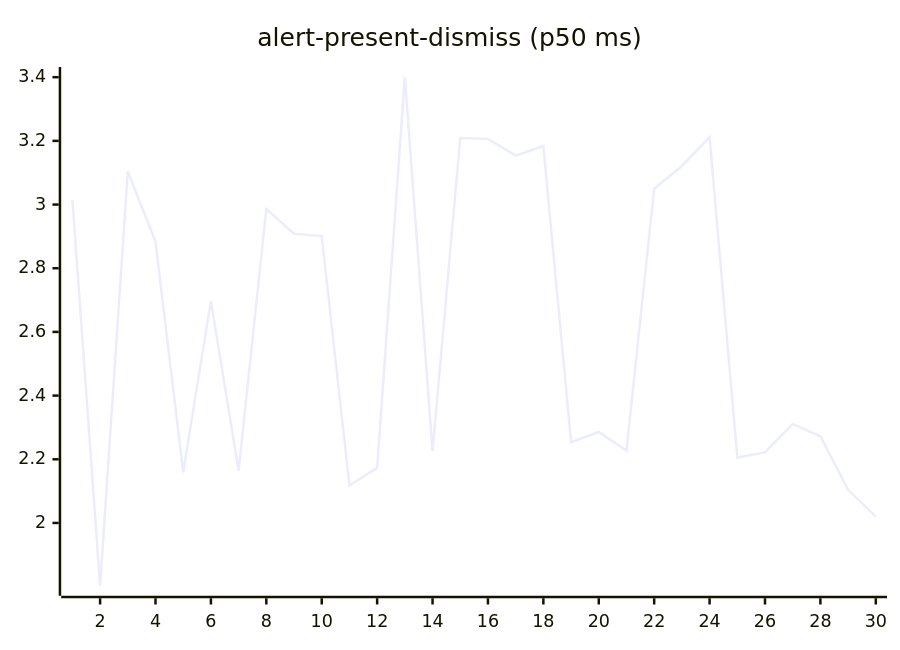
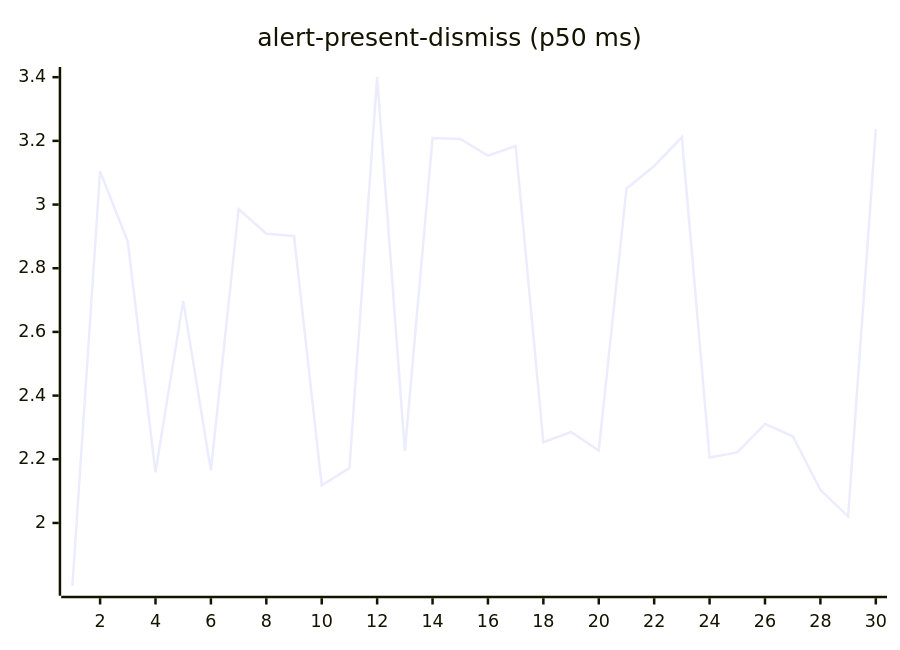
One commit to josha/Facet changed the second of 27 diagrams in README.md. Above: the diagram before and after it, drawn with Mermaid. The commit also changed other lines of this file and 2 other files, not shown here.

````diff
--- a/README.md
+++ b/README.md
@@ -70,6 +70,6 @@
 ```mermaid
 xychart-beta
     title "alert-present-dismiss (p50 ms)"
     x-axis 1 --> 30
-    line [3.0157, 1.8028, 3.1043, 2.8834, 2.1588, 2.6974, 2.1643, 2.9862, 2.9085, 2.9011, 2.1177, 2.1729, 3.4006, 2.2253, 3.2090, 3.2058, 3.1536, 3.1837, 2.2536, 2.2857, 2.2272, 3.0496, 3.1212, 3.2117, 2.2054, 2.2216, 2.3109, 2.2722, 2.1040, 2.0200]
+    line [1.8028, 3.1043, 2.8834, 2.1588, 2.6974, 2.1643, 2.9862, 2.9085, 2.9011, 2.1177, 2.1729, 3.4006, 2.2253, 3.2090, 3.2058, 3.1536, 3.1837, 2.2536, 2.2857, 2.2272, 3.0496, 3.1212, 3.2117, 2.2054, 2.2216, 2.3109, 2.2722, 2.1040, 2.0200, 3.2371]
 ```
````
